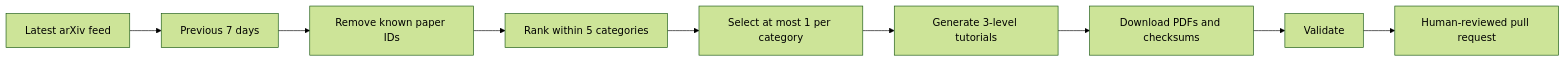
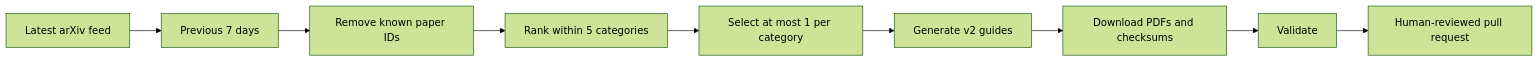
One commit to niyama-admin/learning-lab changed the diagram in llm-learning-repository/references/weekly-curation-workflow.md. Above: the diagram before and after it, drawn with Mermaid (forest theme). The commit also changed other lines of this file and 1 other file, not shown here.

First line of the commit message:
Weekly job: generate v2-format guides; max_papers input; longer timeout

````diff
--- a/llm-learning-repository/references/weekly-curation-workflow.md
+++ b/llm-learning-repository/references/weekly-curation-workflow.md
@@ -5,11 +5,11 @@
 ```mermaid
 flowchart LR
   A[Latest arXiv feed] --> F[Previous 7 days]
   F --> D[Remove known paper IDs]
   D --> R[Rank within 5 categories]
   R --> S[Select at most 1 per category]
-  S --> G[Generate 3-level tutorials]
+  S --> G[Generate v2 guides]
   G --> P[Download PDFs and checksums]
   P --> V[Validate]
   V --> PR[Human-reviewed pull request]
 ```
````
